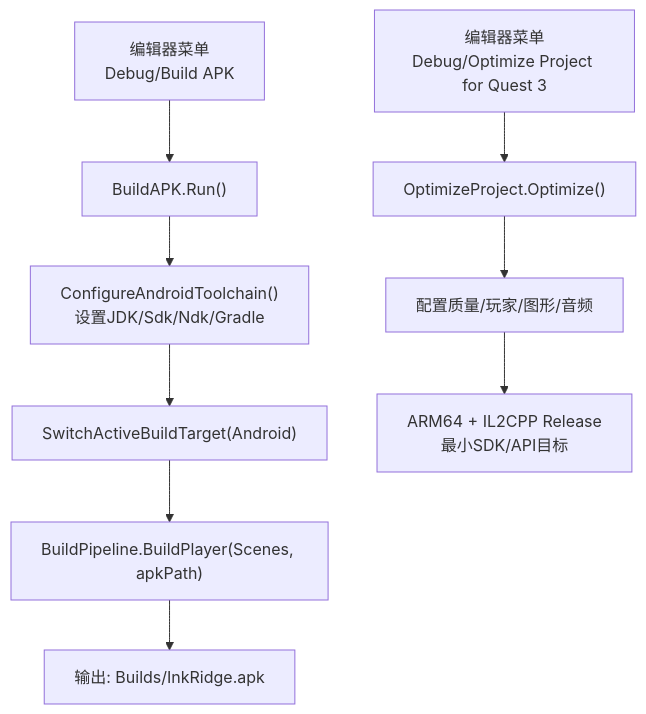
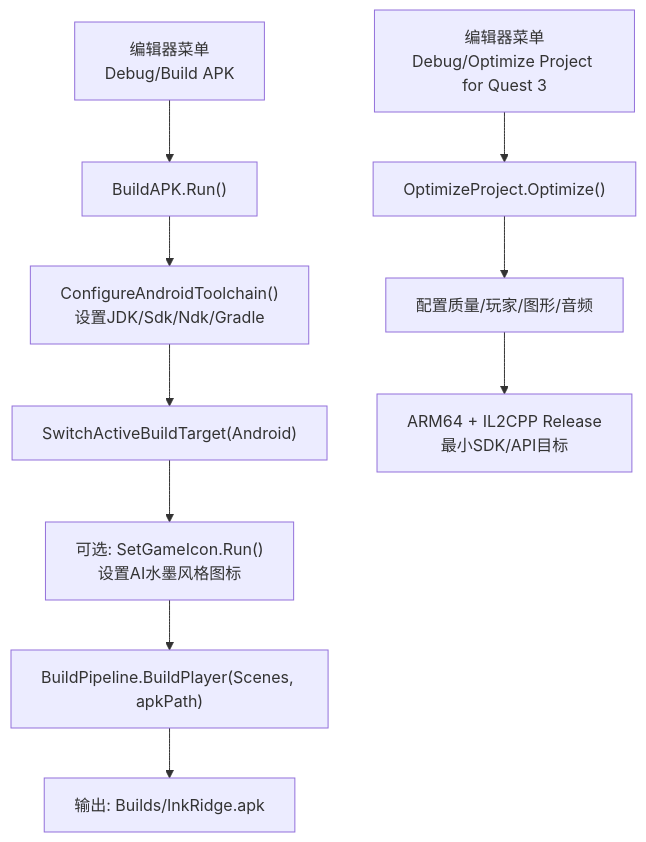
Before and after one commit to cpufreestyle/InkRidge: the first of 5 diagrams in .qoder/repowiki/zh/content/部署构建.md, drawn with Mermaid. The commit also changed other lines of this file and 17 other files, not shown here.

````diff
--- a/.qoder/repowiki/zh/content/部署构建.md
+++ b/.qoder/repowiki/zh/content/部署构建.md
@@ -37,11 +47,12 @@
 ```mermaid
 graph TB
 A["编辑器菜单<br/>Debug/Build APK"] --> B["BuildAPK.Run()"]
 B --> C["ConfigureAndroidToolchain()<br/>设置JDK/Sdk/Ndk/Gradle"]
 C --> D["SwitchActiveBuildTarget(Android)"]
-D --> E["BuildPipeline.BuildPlayer(Scenes, apkPath)"]
-E --> F["输出: Builds/InkRidge.apk"]
-G["编辑器菜单<br/>Debug/Optimize Project for Quest 3"] --> H["OptimizeProject.Optimize()"]
-H --> I["配置质量/玩家/图形/音频"]
-I --> J["ARM64 + IL2CPP Release<br/>最小SDK/API目标"]
+D --> E["可选: SetGameIcon.Run()<br/>设置AI水墨风格图标"]
+E --> F["BuildPipeline.BuildPlayer(Scenes, apkPath)"]
+F --> G["输出: Builds/InkRidge.apk"]
+H["编辑器菜单<br/>Debug/Optimize Project for Quest 3"] --> I["OptimizeProject.Optimize()"]
+I --> J["配置质量/玩家/图形/音频"]
+J --> K["ARM64 + IL2CPP Release<br/>最小SDK/API目标"]
 ```
````
